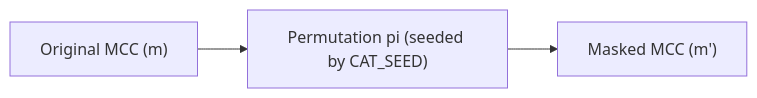
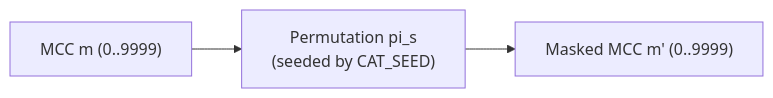
The third of 6 diagrams in README.md (kkirko/PII-Masking-Service), drawn with Mermaid before and after one commit. The commit also changed other lines of this file and 2 other files, not shown here.

Commit message:
Docs: polish README and sequence diagrams

````diff
--- a/README.md
+++ b/README.md
@@ -88,5 +146,5 @@
 ```mermaid
 flowchart LR
-    A["Original MCC (m)"] --> B["Permutation pi (seeded by CAT_SEED)"]
-    B --> C["Masked MCC (m')"]
+  A["MCC m (0..9999)"] --> B["Permutation pi_s<br/>(seeded by CAT_SEED)"]
+  B --> C["Masked MCC m' (0..9999)"]
 ```
````
